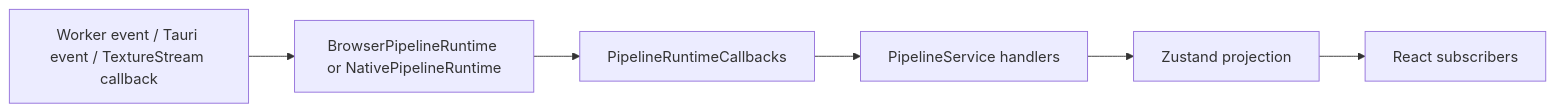
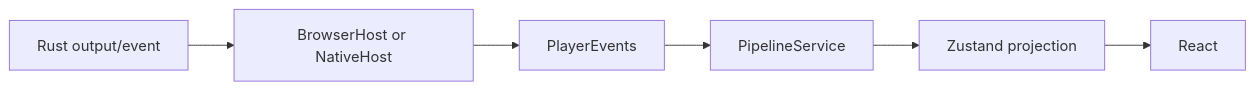
One commit to sanitor/open_quartz changed the eighth of 12 diagrams in docs/DESIGN.md. Above: the diagram before and after it, drawn with Mermaid. The commit also changed other lines of this file, not shown here.

Commit message:
docs: update architecture baseline and thin TypeScript roadmap

````diff
--- a/docs/DESIGN.md
+++ b/docs/DESIGN.md
@@ -517,11 +805,11 @@
 ```mermaid
 flowchart LR
-    Runtime[Worker event / Tauri event / TextureStream callback]
-    Adapter[BrowserPipelineRuntime or NativePipelineRuntime]
-    Callbacks[PipelineRuntimeCallbacks]
-    Service[PipelineService handlers]
+    Rust[Rust output/event]
+    Host[BrowserHost or NativeHost]
+    Events[PlayerEvents]
+    Service[PipelineService]
     Store[Zustand projection]
-    UI[React subscribers]
+    UI[React]
 
-    Runtime --> Adapter --> Callbacks --> Service --> Store --> UI
+    Rust --> Host --> Events --> Service --> Store --> UI
 ```
````
